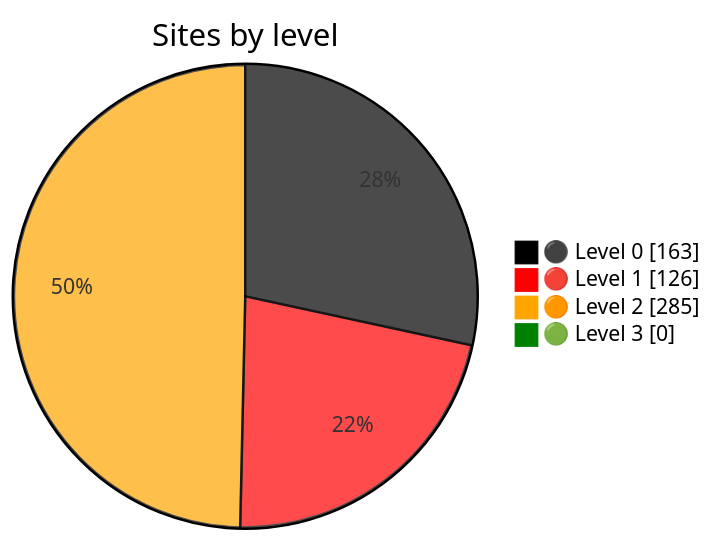
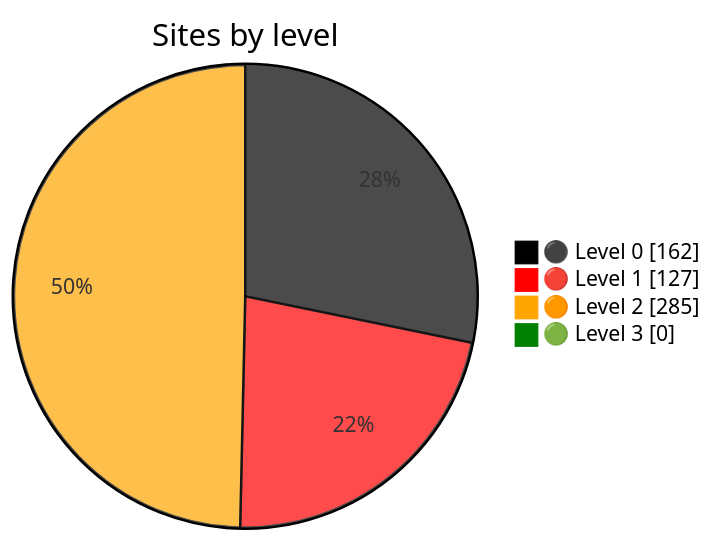
The diagram in README.md (nuuuwan/gov_lk_web_auditor), drawn with Mermaid before and after one commit. The commit also changed other lines of this file and 2611 other files, not shown here.

````diff
--- a/README.md
+++ b/README.md
@@ -24,9 +24,9 @@
 ```mermaid
 %%{init: {"themeVariables":{"pie1":"black","pie2":"red","pie3":"orange","pie4":"green"}}}%%
 pie showData
     title Sites by level
-    "⚫ Level 0" : 163
-    "🔴 Level 1" : 126
+    "⚫ Level 0" : 162
+    "🔴 Level 1" : 127
     "🟠 Level 2" : 285
     "🟢 Level 3" : 0
 ```
````
